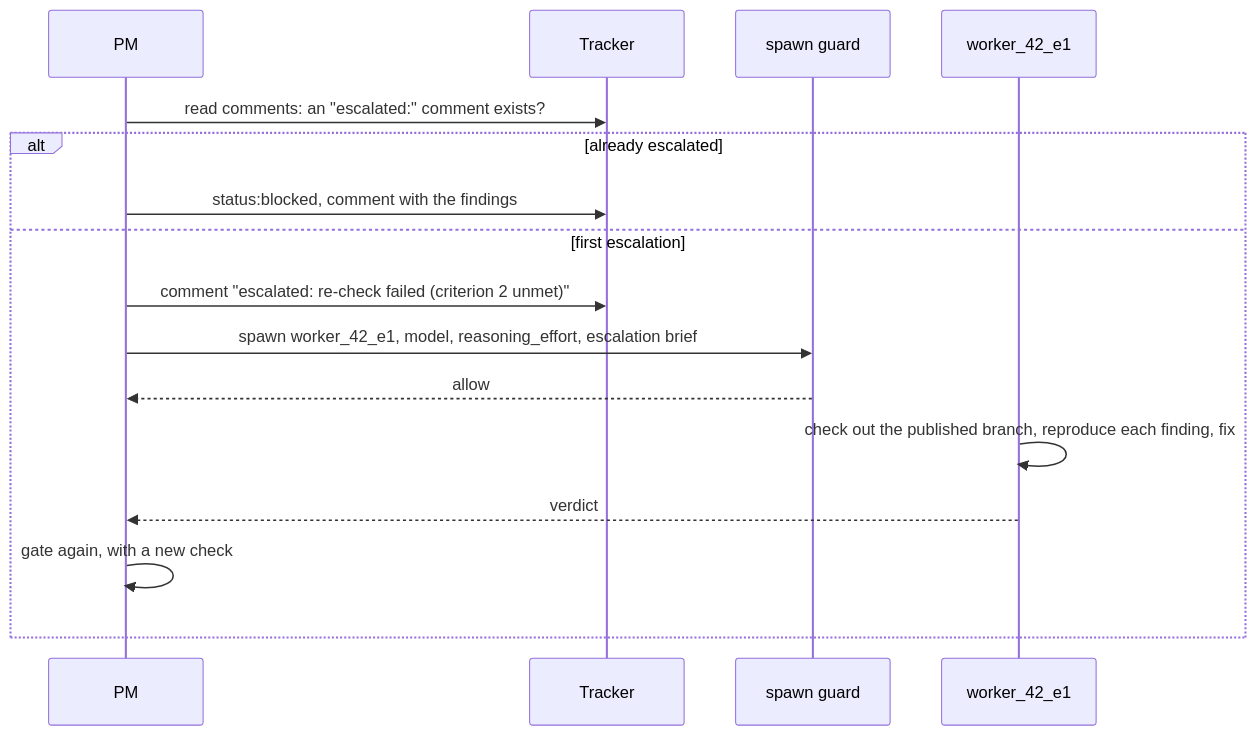
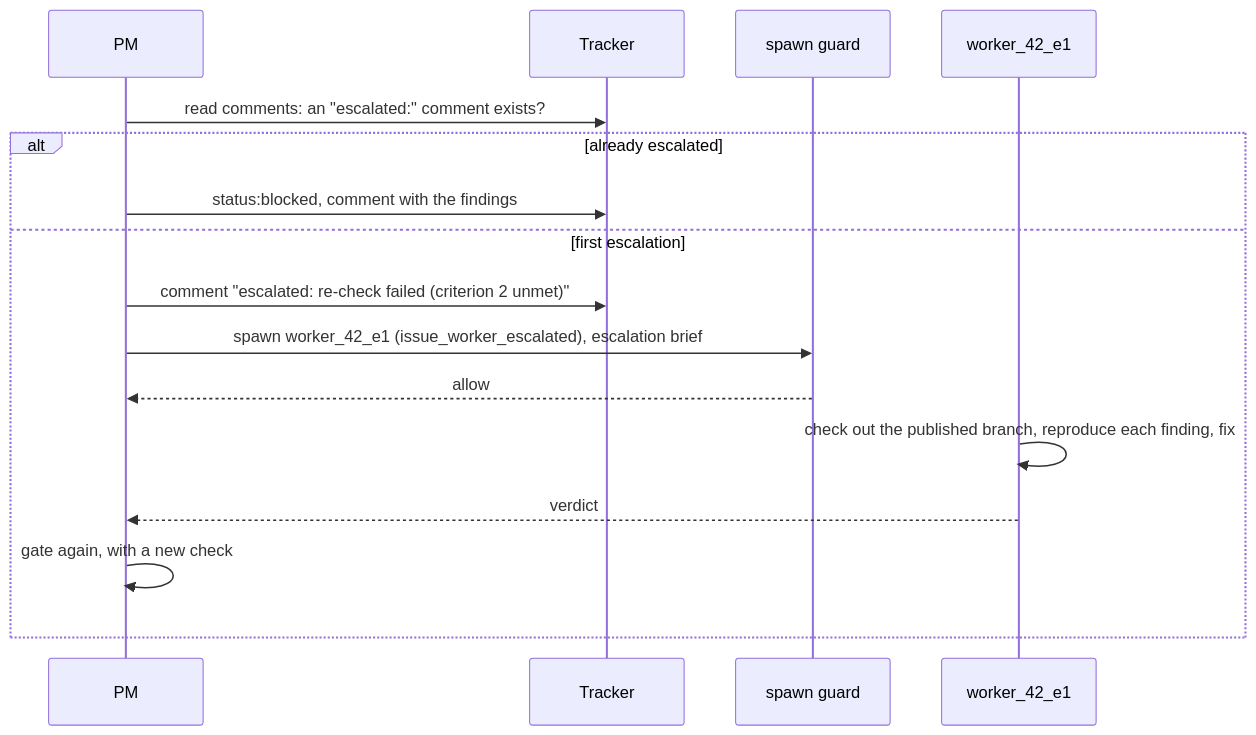
One commit to Crank-Git/issue-flow-codex changed the second of 2 diagrams in docs/specs/features/08-criteria-check.md. Above: the diagram before and after it, drawn with Mermaid. The commit also changed other lines of this file and 25 other files, not shown here.

First line of the commit message:
fix: escalate through the issue_worker_escalated role (#145) [skip ci]

````diff
--- a/docs/specs/features/08-criteria-check.md
+++ b/docs/specs/features/08-criteria-check.md
@@ -134,18 +134,18 @@
 ```mermaid
 sequenceDiagram
     participant PM
     participant T as Tracker
     participant G as spawn guard
     participant W as worker_42_e1
     PM->>T: read comments: an "escalated:" comment exists?
     alt already escalated
         PM->>T: status:blocked, comment with the findings
     else first escalation
         PM->>T: comment "escalated: re-check failed (criterion 2 unmet)"
-        PM->>G: spawn worker_42_e1, model, reasoning_effort, escalation brief
+        PM->>G: spawn worker_42_e1 (issue_worker_escalated), escalation brief
         G-->>PM: allow
         W->>W: check out the published branch, reproduce each finding, fix
         W-->>PM: verdict
         PM->>PM: gate again, with a new check
     end
 ```
````
